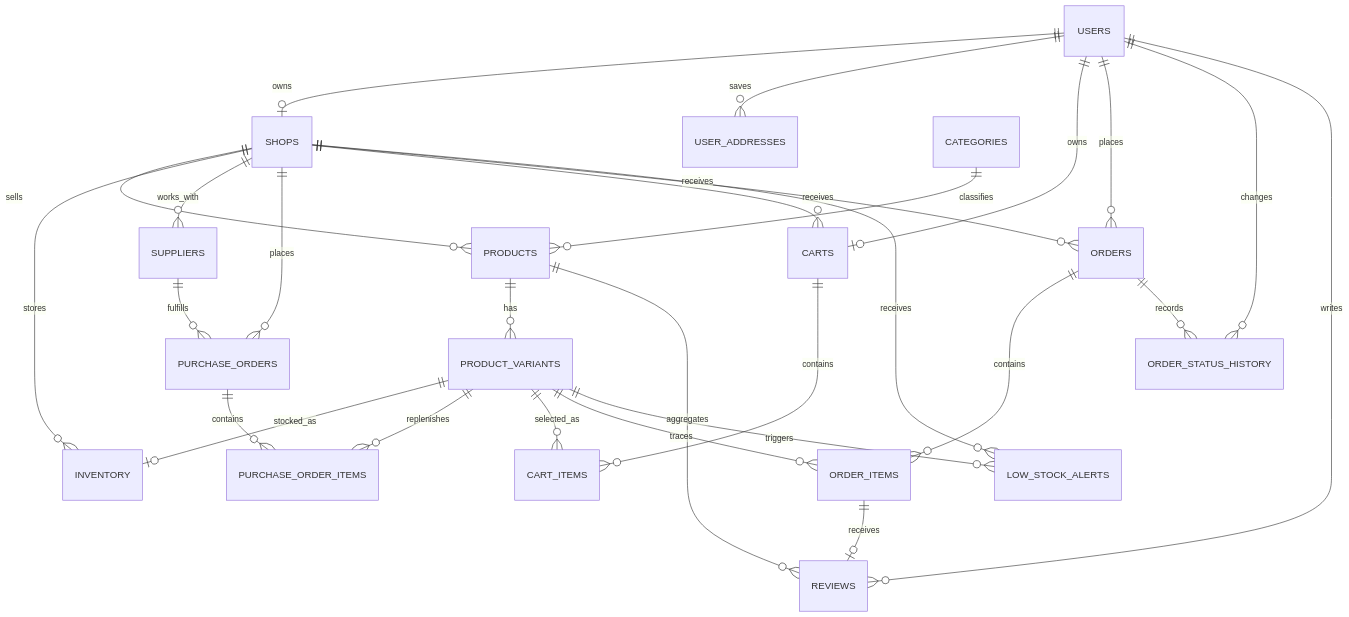
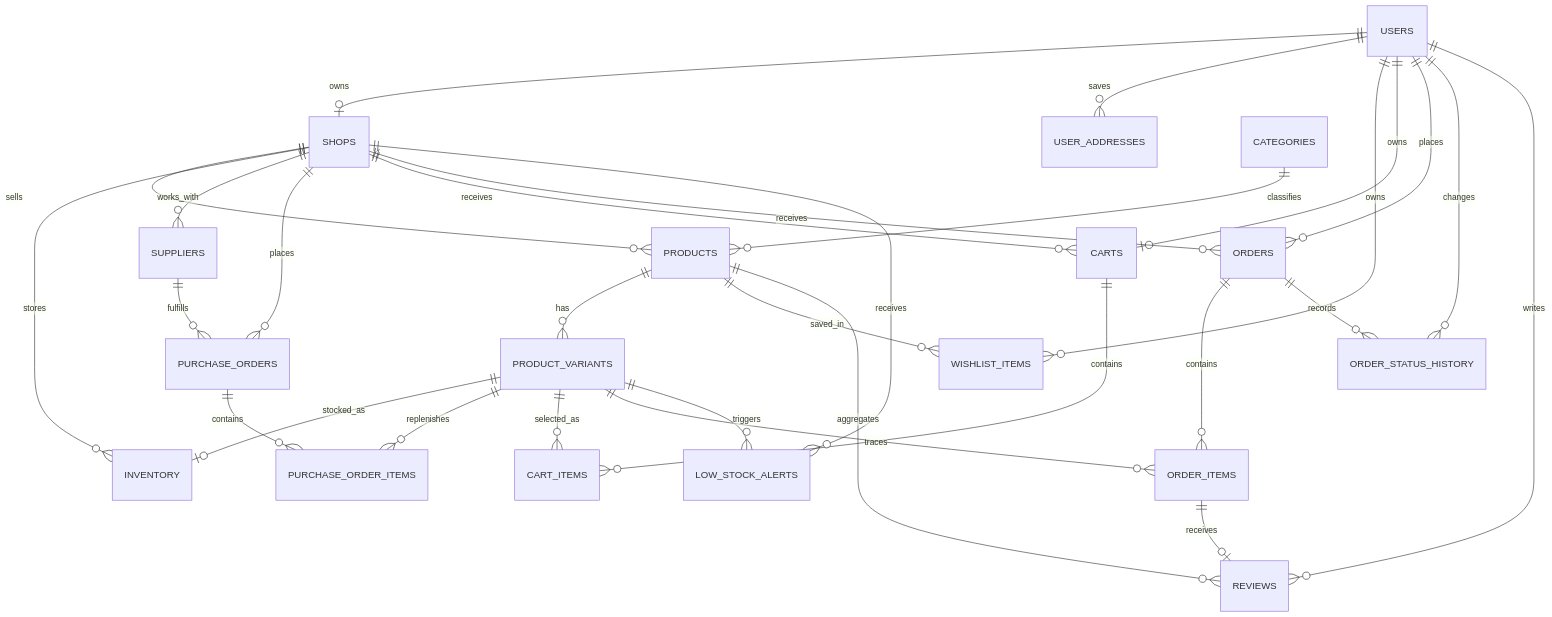
Before and after one commit to mewmewancut/DALN: the diagram in docs/DATABASE.md, drawn with Mermaid. The commit also changed other lines of this file and 24 other files, not shown here.

````diff
--- a/docs/DATABASE.md
+++ b/docs/DATABASE.md
@@ -18,30 +18,32 @@
 ```mermaid
 erDiagram
     USERS ||--o| SHOPS : owns
     USERS ||--o{ USER_ADDRESSES : saves
+    USERS ||--o{ WISHLIST_ITEMS : owns
     SHOPS ||--o{ PRODUCTS : sells
     CATEGORIES ||--o{ PRODUCTS : classifies
     PRODUCTS ||--o{ PRODUCT_VARIANTS : has
+    PRODUCTS ||--o{ WISHLIST_ITEMS : saved_in
     PRODUCT_VARIANTS ||--o| INVENTORY : stocked_as
     SHOPS ||--o{ INVENTORY : stores
     SHOPS ||--o{ SUPPLIERS : works_with
     SHOPS ||--o{ PURCHASE_ORDERS : places
     SUPPLIERS ||--o{ PURCHASE_ORDERS : fulfills
     PURCHASE_ORDERS ||--o{ PURCHASE_ORDER_ITEMS : contains
     PRODUCT_VARIANTS ||--o{ PURCHASE_ORDER_ITEMS : replenishes
     USERS ||--o| CARTS : owns
     SHOPS ||--o{ CARTS : receives
     CARTS ||--o{ CART_ITEMS : contains
     PRODUCT_VARIANTS ||--o{ CART_ITEMS : selected_as
     USERS ||--o{ ORDERS : places
     SHOPS ||--o{ ORDERS : receives
     ORDERS ||--o{ ORDER_ITEMS : contains
     PRODUCT_VARIANTS ||--o{ ORDER_ITEMS : traces
     ORDERS ||--o{ ORDER_STATUS_HISTORY : records
     USERS ||--o{ ORDER_STATUS_HISTORY : changes
     ORDER_ITEMS ||--o| REVIEWS : receives
     PRODUCTS ||--o{ REVIEWS : aggregates
     USERS ||--o{ REVIEWS : writes
     PRODUCT_VARIANTS ||--o{ LOW_STOCK_ALERTS : triggers
     SHOPS ||--o{ LOW_STOCK_ALERTS : receives
 ```
````
